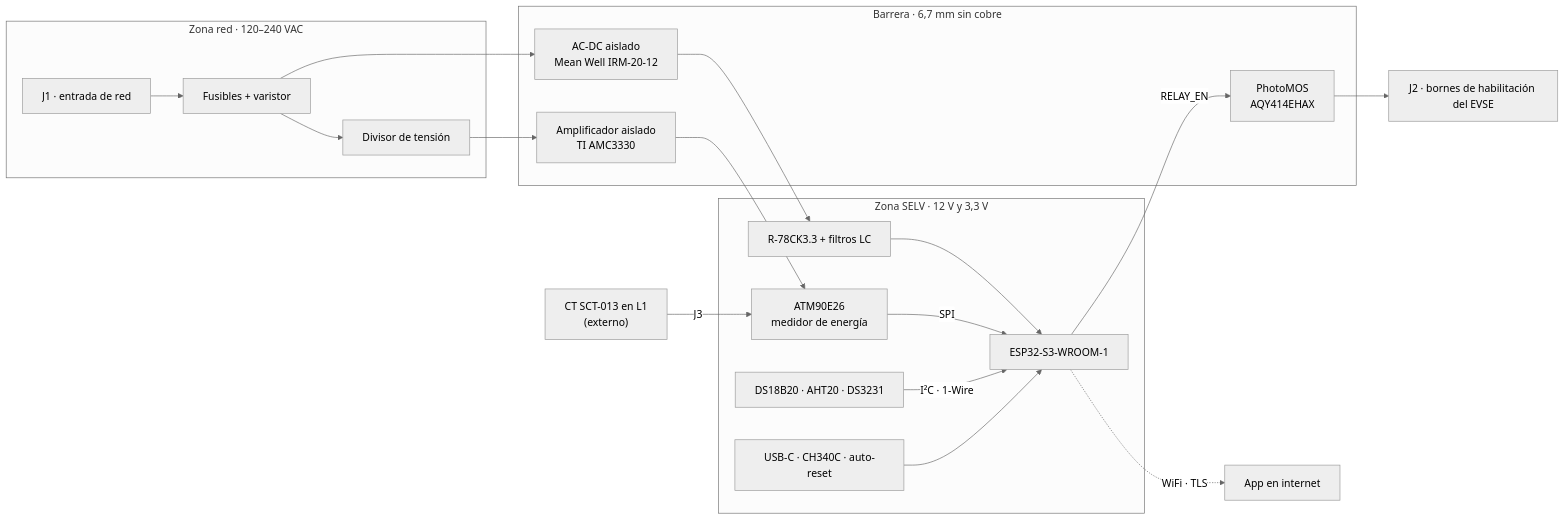
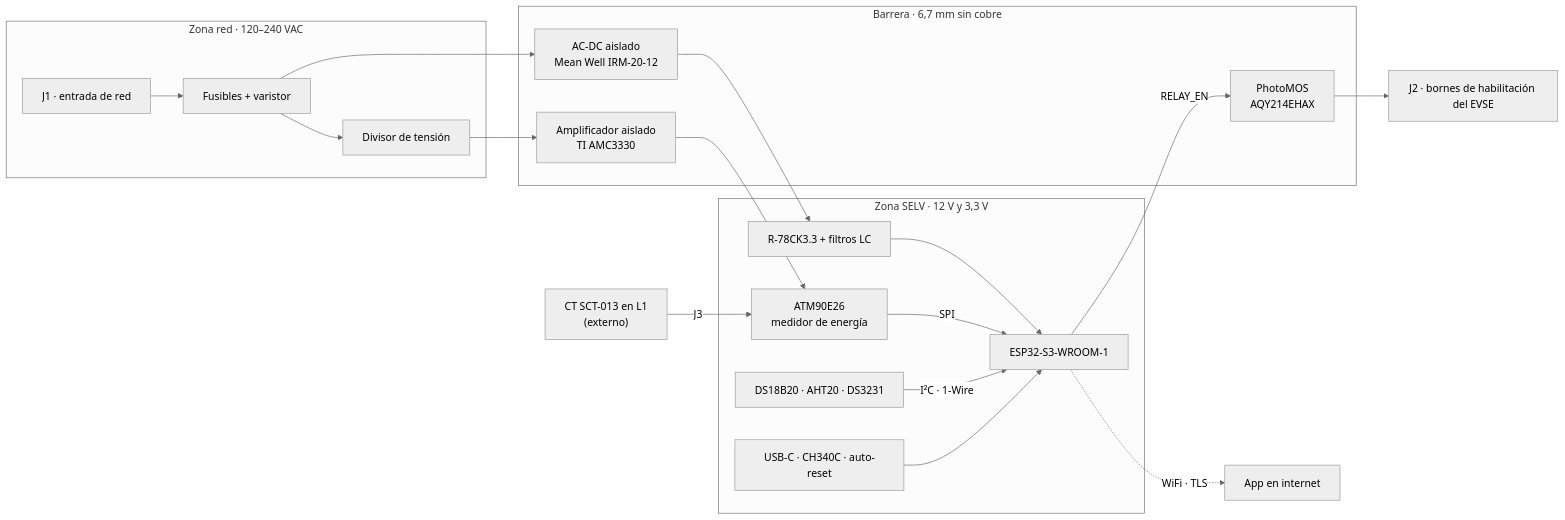
Before and after one commit to NicoGomez4262/control-carga-evse: the diagram in README.md, drawn with Mermaid (neutral theme). The commit also changed other lines of this file and 19 other files, not shown here.

Commit message:
F9: pedido pasa a JLCPCB (D20). K1 = AQY214EHAX (NA, en stock en JLC), 11 lineas genericas a piezas Basic, BOM_JLC.csv y CPL_JLC.csv (paquete_jlc_f9.py), GUIA_PEDIDO_JLC.md, parametros de Altium (bom_jlc_f9.py, redes iguales), README y docs

````diff
--- a/README.md
+++ b/README.md
@@ -86,32 +87,32 @@
 ```mermaid
 flowchart LR
   CT["CT SCT-013 en L1<br/>(externo)"]
 
   subgraph RED["Zona red · 120–240 VAC"]
     J1["J1 · entrada de red"] --> PROT["Fusibles + varistor"]
     PROT --> DIV["Divisor de tensión"]
   end
 
   subgraph BARRERA["Barrera · 6,7 mm sin cobre"]
     ACDC["AC-DC aislado<br/>Mean Well IRM-20-12"]
     AMC["Amplificador aislado<br/>TI AMC3330"]
-    K1["PhotoMOS<br/>AQY414EHAX"]
+    K1["PhotoMOS<br/>AQY214EHAX"]
   end
 
   subgraph SELV["Zona SELV · 12 V y 3,3 V"]
     REG["R-78CK3.3 + filtros LC"]
     ATM["ATM90E26<br/>medidor de energía"]
     ESP["ESP32-S3-WROOM-1"]
     SENS["DS18B20 · AHT20 · DS3231"]
     USB["USB-C · CH340C · auto-reset"]
   end
 
   PROT --> ACDC --> REG --> ESP
   DIV --> AMC --> ATM
   CT -- "J3" --> ATM
   ATM -- SPI --> ESP
   SENS -- "I²C · 1-Wire" --> ESP
   USB --> ESP
   ESP -- RELAY_EN --> K1 --> J2["J2 · bornes de habilitación del EVSE"]
   ESP -. "WiFi · TLS" .-> APP["App en internet"]
 ```
````
